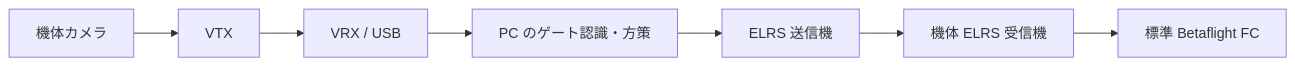
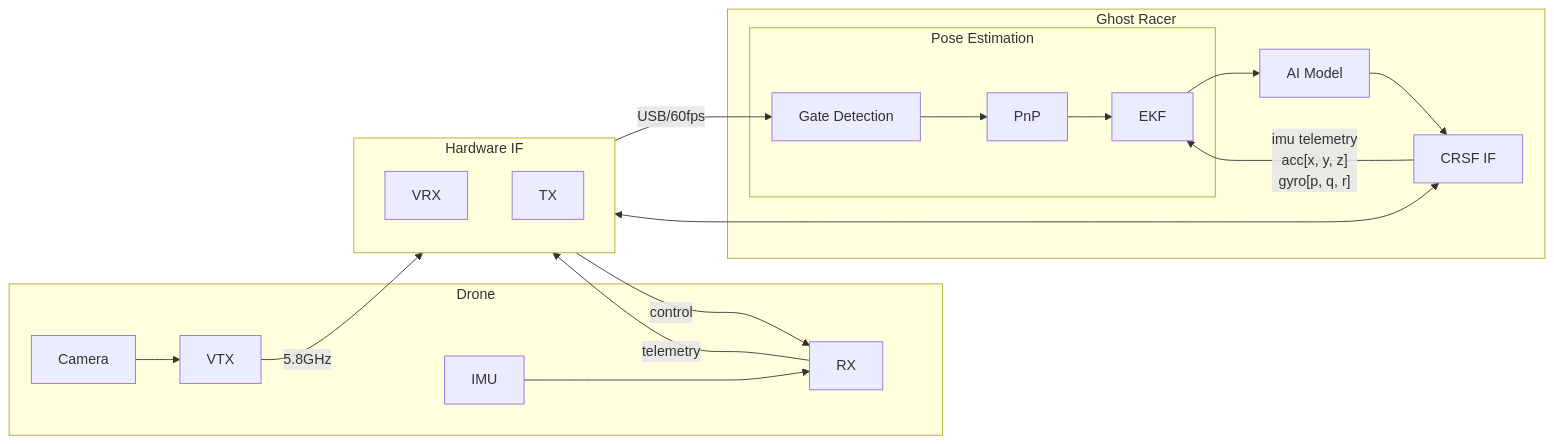
One commit to kento1045/ghost-racer changed the diagram in docs/architecture.md. Above: the diagram before and after it, drawn with Mermaid. The commit also changed other lines of this file and 6 other files, not shown here.

````diff
--- a/docs/architecture.md
+++ b/docs/architecture.md
@@ -34,5 +3,33 @@
 ```mermaid
 flowchart LR
-    cam[機体カメラ] --> vtx[VTX] --> vrx[VRX / USB] --> pc[PC のゲート認識・方策]
-    pc --> tx[ELRS 送信機] --> rx[機体 ELRS 受信機] --> fc[標準 Betaflight FC]
+    subgraph drone[Drone]
+        camera[Camera]
+        vtx[VTX]
+        imu[IMU]
+        rx[RX]
+    end
+
+    subgraph hardware_if[Hardware IF]
+        direction TB
+        vrx[VRX]
+        tx[TX]
+    end
+
+    subgraph gr[Ghost Racer]
+        subgraph pose_estimation[Pose Estimation]
+            gate_detection[Gate Detection]
+            pnp[PnP]
+            ekf[EKF]
+        end
+        crsf_if[CRSF IF]
+        ai_model[AI Model]
+    end
+
+    camera --> vtx --5.8GHz--> vrx --USB/60fps--> gate_detection --> pnp --> ekf --> ai_model
+
+    imu --> rx -- telemetry --> tx
+    tx -- control --> rx
+
+    crsf_if -->|"imu telemetry<br/>acc[x, y, z]<br/>gyro[p, q, r]"| ekf
+    ai_model --> crsf_if <--> tx
 ```
````
